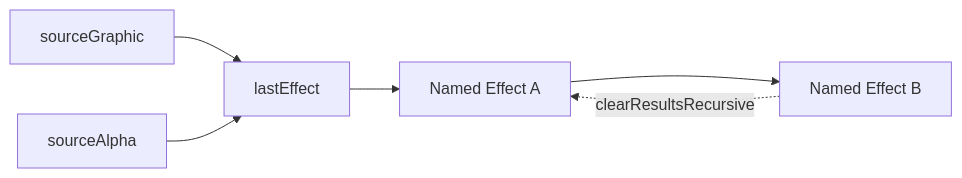
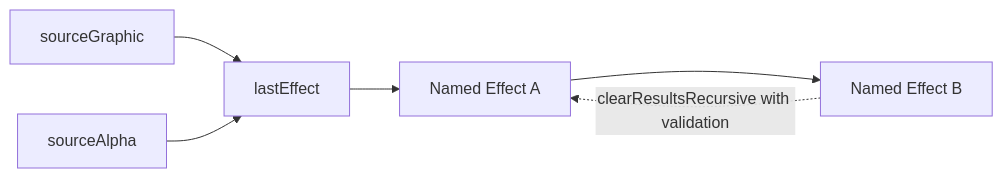
One commit to denisnadey/flutter_full_svg_support changed the eighth of 8 diagrams in .qoder/repowiki/en/content/Animated SVG Support/Advanced Animation Features/SVG Filters and Effects/Built-in Filter Primitives.md. Above: the diagram before and after it, drawn with Mermaid. The commit also changed other lines of this file and 19 other files, not shown here.

````diff
--- a/.qoder/repowiki/en/content/Animated SVG Support/Advanced Animation Features/SVG Filters and Effects/Built-in Filter Primitives.md
+++ b/.qoder/repowiki/en/content/Animated SVG Support/Advanced Animation Features/SVG Filters and Effects/Built-in Filter Primitives.md
@@ -290,8 +387,8 @@
 ```mermaid
 graph LR
 SG["sourceGraphic"] --> L["lastEffect"]
 SA["sourceAlpha"] --> L
 L --> N1["Named Effect A"]
 N1 --> N2["Named Effect B"]
-N2 -. "clearResultsRecursive" .-> N1
+N2 -. "clearResultsRecursive with validation" .-> N1
 ```
````
